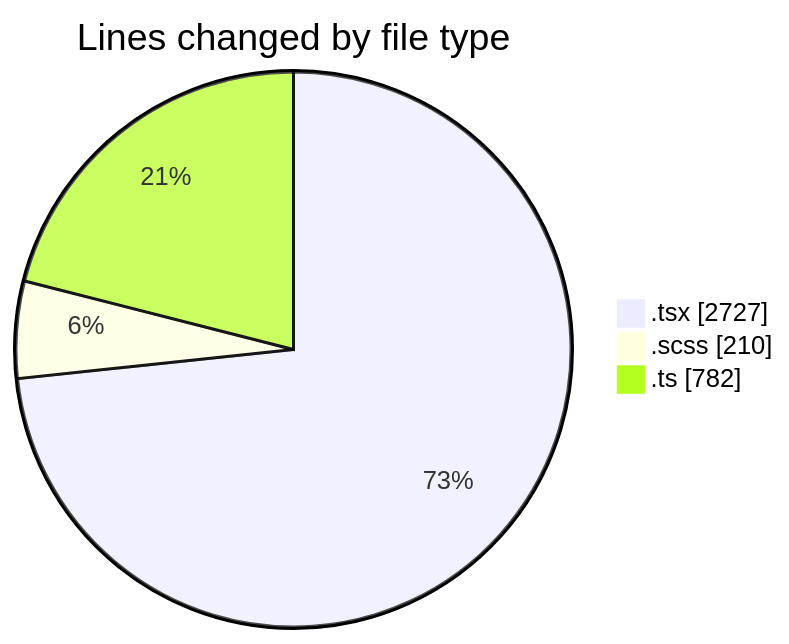
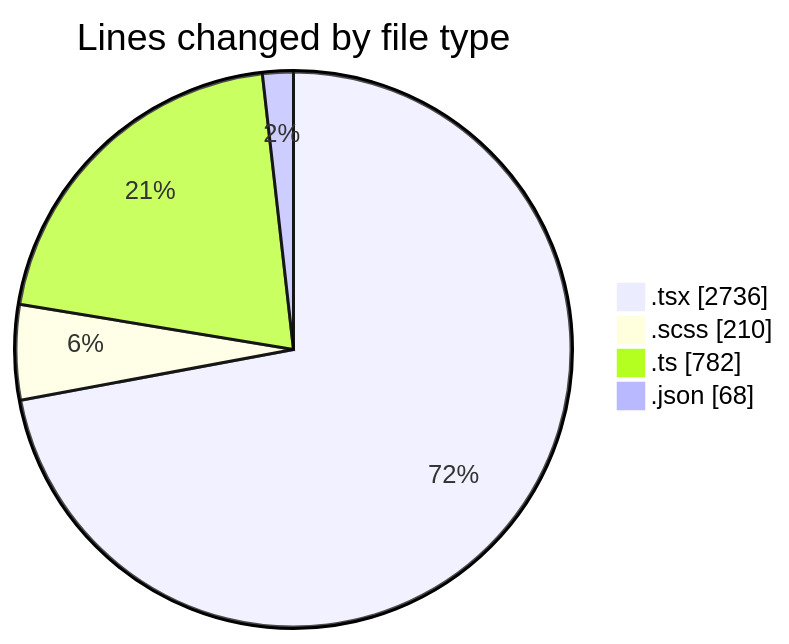
The first of 2 diagrams in 2026-05-11/cda/README.md (momahboobian/code-tracking), drawn with Mermaid before and after one commit. The commit also changed other lines of this file and 1 other file, not shown here.

````diff
--- a/2026-05-11/cda/README.md
+++ b/2026-05-11/cda/README.md
@@ -43,7 +44,8 @@
 ```mermaid
 pie showData
 title Lines changed by file type
-".tsx" : 2727
+".tsx" : 2736
 ".scss" : 210
 ".ts" : 782
+".json" : 68
 ```
````
